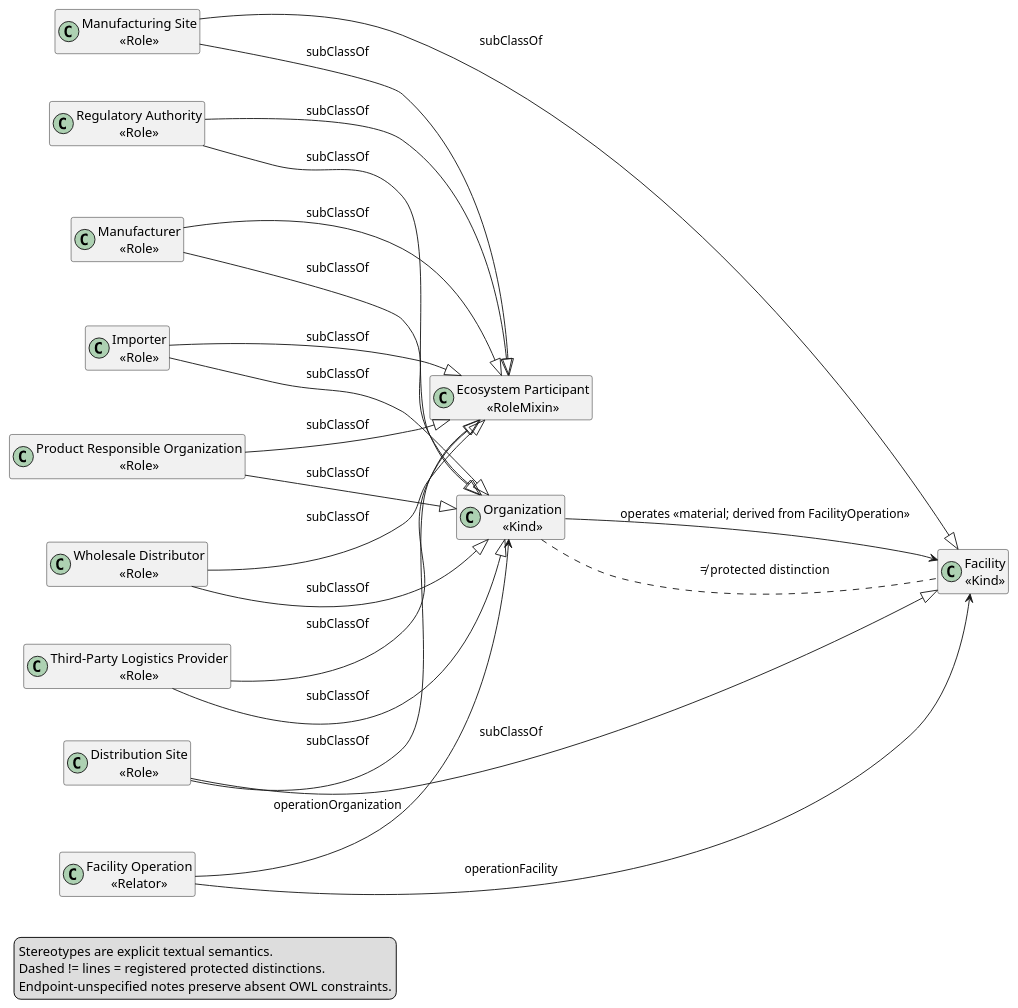
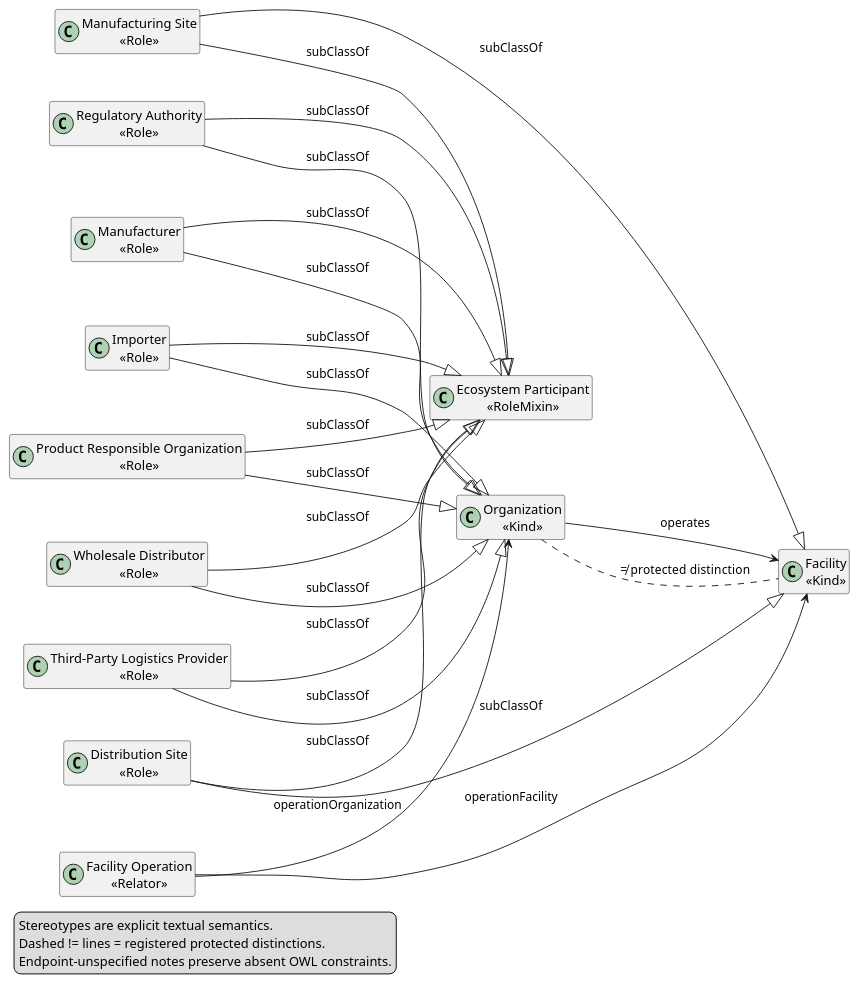
The diagram in wiki-src/diagrams/source/ontology/DGM-ONT-004--ecosystem-organization-and-facility-operations.puml (ArazSaieArasi3/CM-PharmE), drawn with PlantUML before and after one commit. The commit also changed 10 other files, not shown here.

Commit message:
Wiki ontology visuals: generate V2 diagram suite

```diff
--- a/wiki-src/diagrams/source/ontology/DGM-ONT-004--ecosystem-organization-and-facility-operations.puml
+++ b/wiki-src/diagrams/source/ontology/DGM-ONT-004--ecosystem-organization-and-facility-operations.puml
@@ -1,43 +1,43 @@
 @startuml DGM_ONT_004
 hide methods
 hide fields
 skinparam classAttributeIconSize 0
 left to right direction
 class "Organization\n«Kind»" as Organization
 class "Ecosystem Participant\n«RoleMixin»" as EcosystemParticipant
 class "Regulatory Authority\n«Role»" as RegulatoryAuthorityRole
 class "Manufacturer\n«Role»" as ManufacturerRole
 class "Importer\n«Role»" as ImporterRole
 class "Product Responsible Organization\n«Role»" as ProductResponsibleLabelerRole
 class "Wholesale Distributor\n«Role»" as WholesaleDistributorRole
 class "Third-Party Logistics Provider\n«Role»" as ThirdPartyLogisticsProviderRole
 class "Facility\n«Kind»" as Facility
 class "Manufacturing Site\n«Role»" as ManufacturingSiteRole
 class "Distribution Site\n«Role»" as DistributionSiteRole
 class "Facility Operation\n«Relator»" as FacilityOperation
 RegulatoryAuthorityRole --|> Organization : subClassOf
 RegulatoryAuthorityRole --|> EcosystemParticipant : subClassOf
 ManufacturerRole --|> Organization : subClassOf
 ManufacturerRole --|> EcosystemParticipant : subClassOf
 ImporterRole --|> Organization : subClassOf
 ImporterRole --|> EcosystemParticipant : subClassOf
 ProductResponsibleLabelerRole --|> Organization : subClassOf
 ProductResponsibleLabelerRole --|> EcosystemParticipant : subClassOf
 WholesaleDistributorRole --|> Organization : subClassOf
 WholesaleDistributorRole --|> EcosystemParticipant : subClassOf
 ThirdPartyLogisticsProviderRole --|> Organization : subClassOf
 ThirdPartyLogisticsProviderRole --|> EcosystemParticipant : subClassOf
 ManufacturingSiteRole --|> Facility : subClassOf
 ManufacturingSiteRole --|> EcosystemParticipant : subClassOf
 DistributionSiteRole --|> Facility : subClassOf
 DistributionSiteRole --|> EcosystemParticipant : subClassOf
-Organization --> Facility : operates «material; derived from FacilityOperation»
+Organization --> Facility : operates
 FacilityOperation --> Organization : operationOrganization
 FacilityOperation --> Facility : operationFacility
 Organization .. Facility : ≠ protected distinction
 legend left
   Stereotypes are explicit textual semantics.
   Dashed != lines = registered protected distinctions.
   Endpoint-unspecified notes preserve absent OWL constraints.
 endlegend
 @enduml
```
